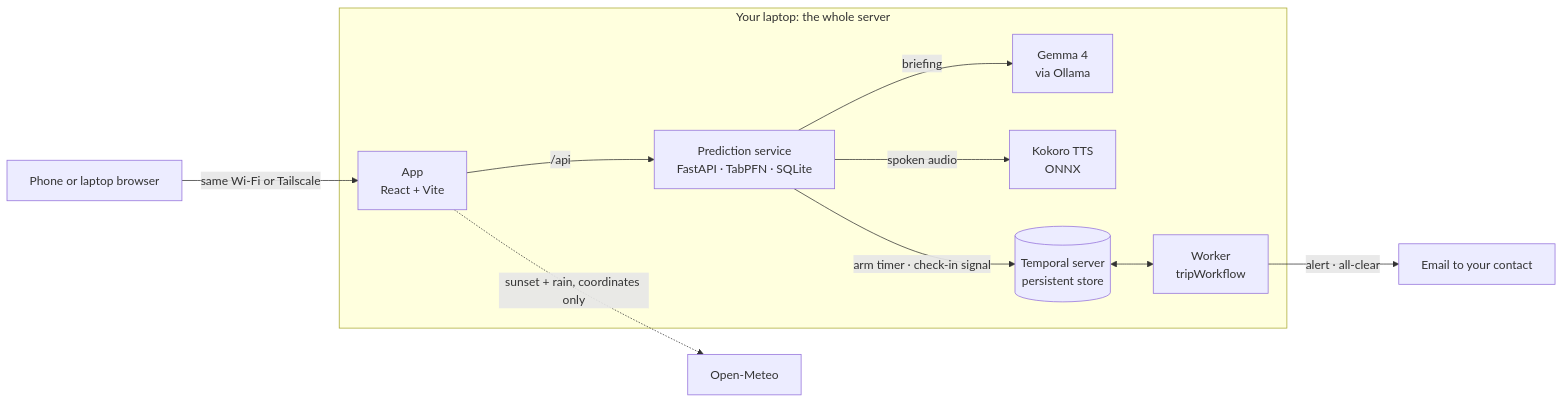
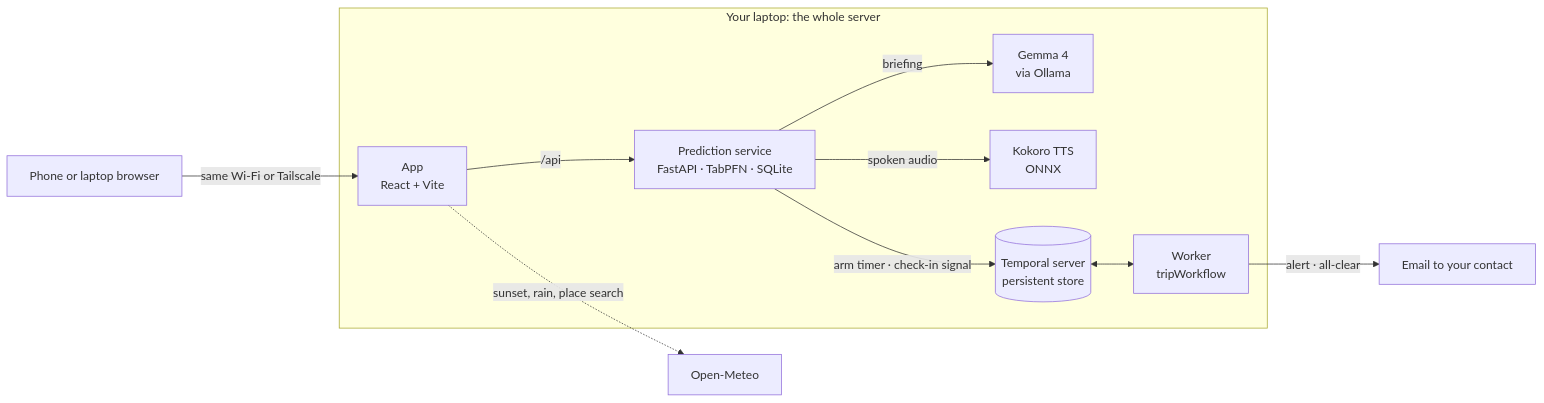
Before and after one commit to CodeNeuron58/Turnaround: the diagram in README.md, drawn with Mermaid. The commit also changed other lines of this file and 6 other files, not shown here.

````diff
--- a/README.md
+++ b/README.md
@@ -69,13 +92,13 @@
 ```mermaid
 flowchart LR
   phone["Phone or laptop browser"] -->|"same Wi-Fi or Tailscale"| app
   subgraph laptop["Your laptop: the whole server"]
     app["App<br/>React + Vite"] -->|"/api"| svc["Prediction service<br/>FastAPI · TabPFN · SQLite"]
     svc -->|"briefing"| gemma["Gemma 4<br/>via Ollama"]
     svc -->|"spoken audio"| tts["Kokoro TTS<br/>ONNX"]
     svc -->|"arm timer · check-in signal"| tmp[("Temporal server<br/>persistent store")]
     tmp <--> wk["Worker<br/>tripWorkflow"]
   end
   wk -->|"alert · all-clear"| mail["Email to your contact"]
-  app -.->|"sunset + rain, coordinates only"| om["Open-Meteo"]
+  app -.->|"sunset, rain, place search"| om["Open-Meteo"]
 ```
````
